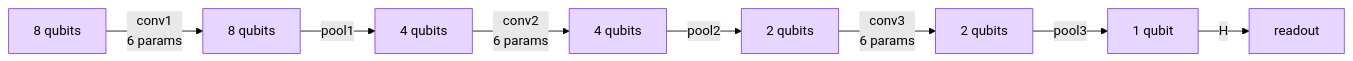
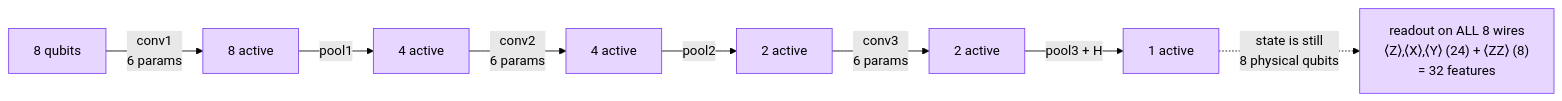
The third of 3 diagrams in README.md (sushmanthreddy/deeplense-quantum), drawn with Mermaid (forest theme) before and after one commit. The commit also changed other lines of this file, not shown here.

Commit message:
Clarify QCNN readout in README
The 8->4->2->1 pooling is logical (active wires); the state stays 8 physical
qubits and the readout measures all 8 wires (32 features), not just the single
pooled qubit. Fix the structure diagram and add an explanatory note.

````diff
--- a/README.md
+++ b/README.md
@@ -90,13 +90,13 @@
 ```mermaid
 flowchart LR
-    Q8["8 qubits"] -->|conv1<br/>6 params| C1["8 qubits"]
-    C1 -->|pool1| Q4["4 qubits"]
-    Q4 -->|conv2<br/>6 params| C2["4 qubits"]
-    C2 -->|pool2| Q2["2 qubits"]
-    Q2 -->|conv3<br/>6 params| C3["2 qubits"]
-    C3 -->|pool3| Q1["1 qubit"]
-    Q1 -->|H| R["readout"]
+    Q8["8 qubits"] -->|conv1<br/>6 params| C1["8 active"]
+    C1 -->|pool1| Q4["4 active"]
+    Q4 -->|conv2<br/>6 params| C2["4 active"]
+    C2 -->|pool2| Q2["2 active"]
+    Q2 -->|conv3<br/>6 params| C3["2 active"]
+    C3 -->|pool3 + H| Q1["1 active"]
+    Q1 -.->|state is still<br/>8 physical qubits| R["readout on ALL 8 wires<br/>⟨Z⟩,⟨X⟩,⟨Y⟩ (24) + ⟨ZZ⟩ (8)<br/>= 32 features"]
 
     classDef quantum fill:#e7d6ff,stroke:#7b3ff2,color:#000;
     class Q8,C1,Q4,C2,Q2,C3,Q1,R quantum;
 ```
````
